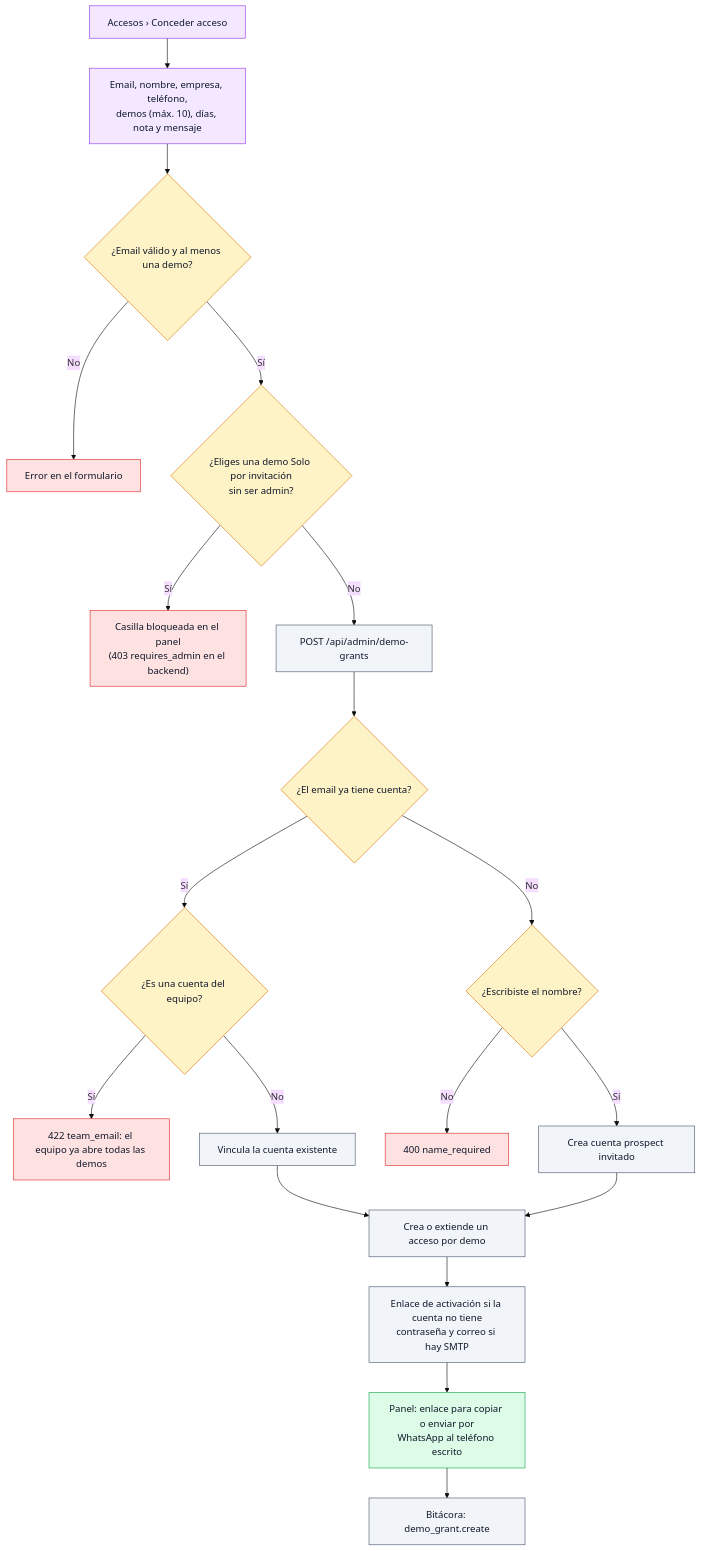
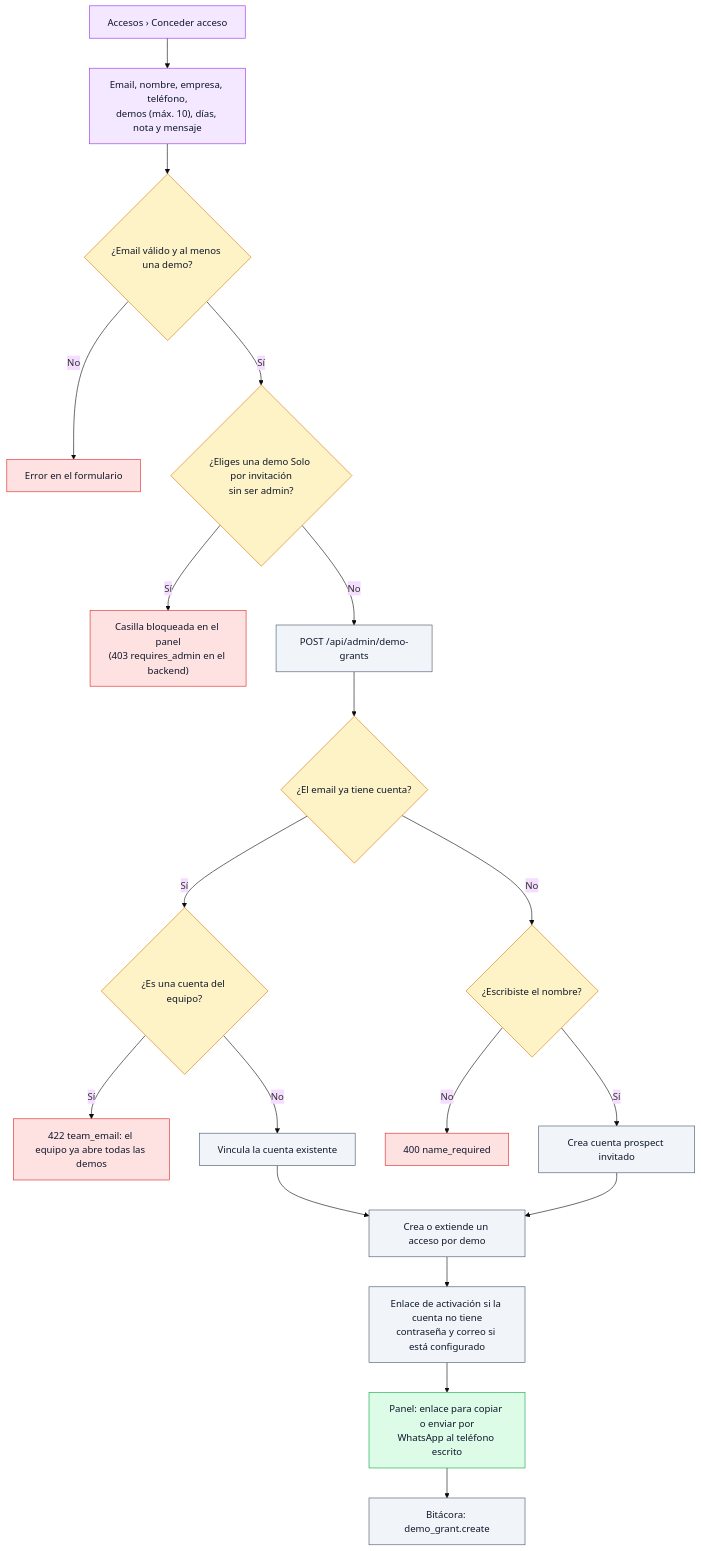
Before and after one commit to ronalc90/koptup: the fifth of 24 diagrams in docs/wiki/Doc-14-2-Flujos-de-Administracion-y-Operacion.md, drawn with Mermaid (base theme). The commit also changed other lines of this file and 45 other files, not shown here.

````diff
--- a/docs/wiki/Doc-14-2-Flujos-de-Administracion-y-Operacion.md
+++ b/docs/wiki/Doc-14-2-Flujos-de-Administracion-y-Operacion.md
@@ -286,42 +287,42 @@
 ```mermaid
 flowchart TD
     classDef visitante fill:#dbeafe,stroke:#2563eb,color:#0f172a
     classDef sistema fill:#f1f5f9,stroke:#475569,color:#0f172a
     classDef admin fill:#f3e8ff,stroke:#9333ea,color:#0f172a
     classDef aviso fill:#dcfce7,stroke:#16a34a,color:#0f172a
     classDef decision fill:#fef3c7,stroke:#d97706,color:#0f172a
     classDef error fill:#fee2e2,stroke:#dc2626,color:#0f172a
     classDef externo fill:#fdf4ff,stroke:#c026d3,color:#0f172a
 
     C1["Accesos › Conceder acceso"]:::admin
     C2["Email, nombre, empresa, teléfono,<br/>demos (máx. 10), días, nota y mensaje"]:::admin
     D1{"¿Email válido y al menos una demo?"}:::decision
     E1["Error en el formulario"]:::error
     D2{"¿Eliges una demo Solo por invitación<br/>sin ser admin?"}:::decision
     E2["Casilla bloqueada en el panel<br/>(403 requires_admin en el backend)"]:::error
     S1["POST /api/admin/demo-grants"]:::sistema
     D3{"¿El email ya tiene cuenta?"}:::decision
     D4{"¿Es una cuenta del equipo?"}:::decision
     E3["422 team_email: el equipo ya abre todas las demos"]:::error
     D5{"¿Escribiste el nombre?"}:::decision
     E4["400 name_required"]:::error
     S2["Vincula la cuenta existente"]:::sistema
     S3["Crea cuenta prospect invitado"]:::sistema
     S4["Crea o extiende un acceso por demo"]:::sistema
-    S5["Enlace de activación si la cuenta no tiene<br/>contraseña y correo si hay SMTP"]:::sistema
+    S5["Enlace de activación si la cuenta no tiene<br/>contraseña y correo si está configurado"]:::sistema
     B1["Panel: enlace para copiar o enviar por<br/>WhatsApp al teléfono escrito"]:::aviso
     S6["Bitácora: demo_grant.create"]:::sistema
 
     C1 --> C2 --> D1
     D1 -->|"No"| E1
     D1 -->|"Sí"| D2
     D2 -->|"Sí"| E2
     D2 -->|"No"| S1 --> D3
     D3 -->|"Sí"| D4
     D4 -->|"Sí"| E3
     D4 -->|"No"| S2 --> S4
     D3 -->|"No"| D5
     D5 -->|"No"| E4
     D5 -->|"Sí"| S3 --> S4
     S4 --> S5 --> B1 --> S6
 ```
````
